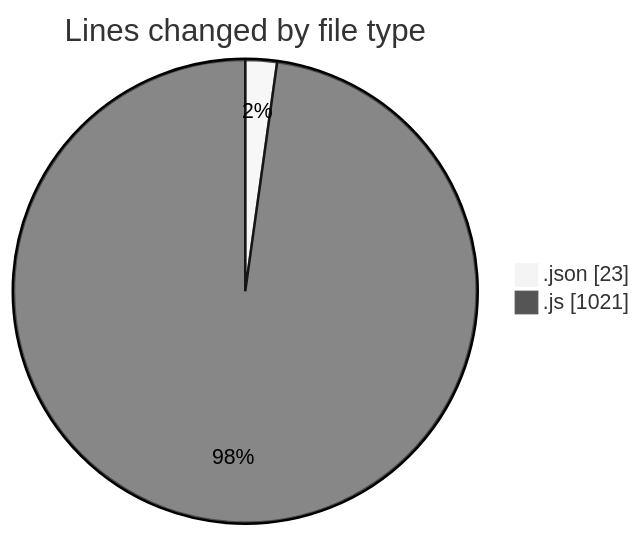
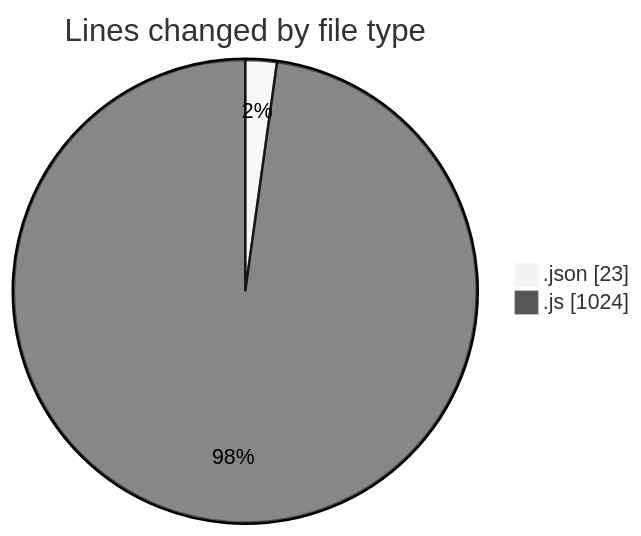
Before and after one commit to BS-eng2023/code-tracking: the first of 2 diagrams in 2025-04-01/jsvms/README.md, drawn with Mermaid (neutral theme). The commit also changed other lines of this file and 1 other file, not shown here.

````diff
--- a/2025-04-01/jsvms/README.md
+++ b/2025-04-01/jsvms/README.md
@@ -36,6 +36,6 @@
 ```mermaid
 pie showData
 title Lines changed by file type
 ".json" : 23
-".js" : 1021
+".js" : 1024
 ```
````
